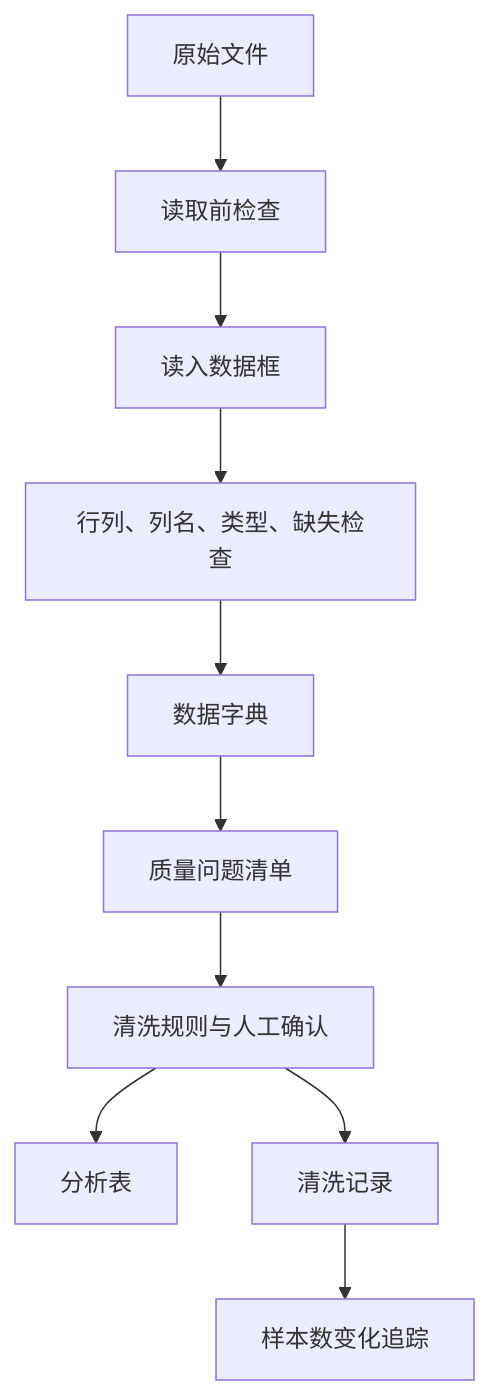
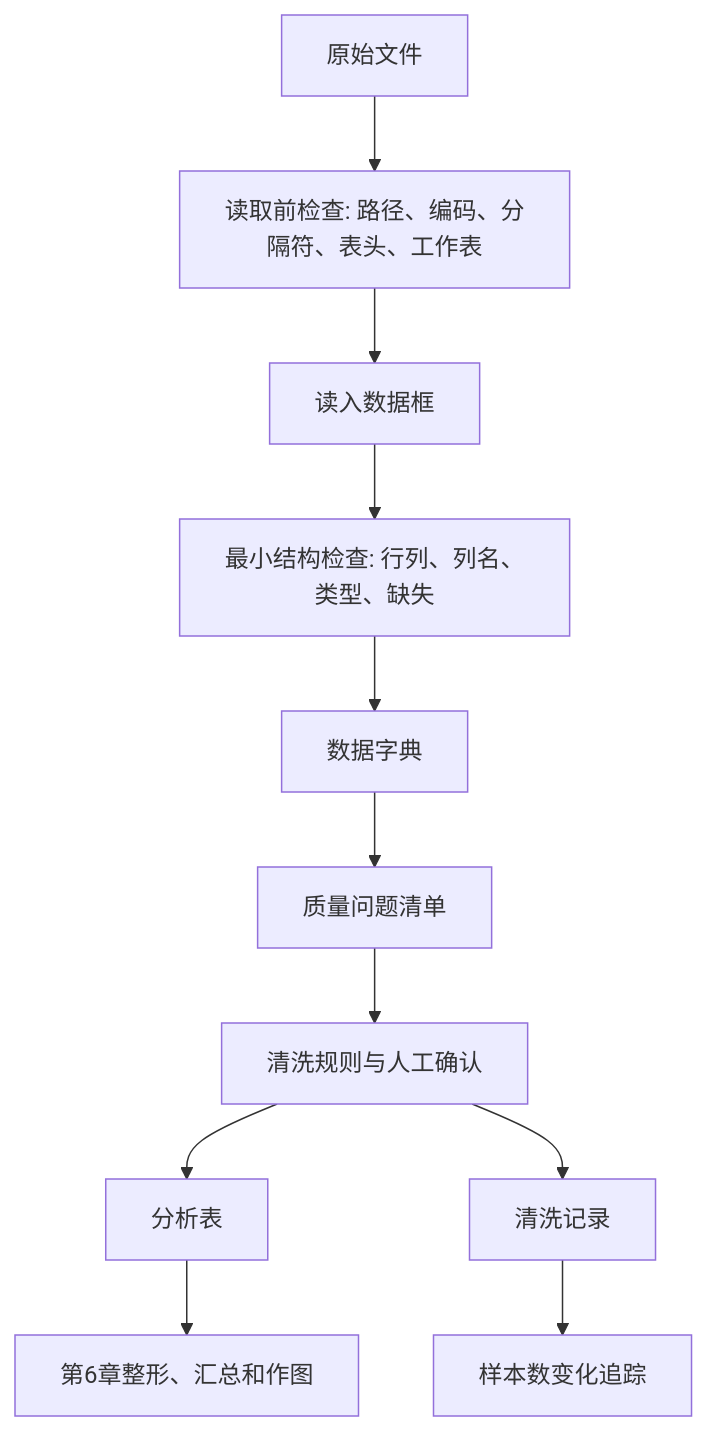
One commit to luvega/AI_MED_DataVis changed the first of 2 diagrams in docs/chapters/chapter-5/index.md. Above: the diagram before and after it, drawn with Mermaid. The commit also changed other lines of this file and 8 other files, not shown here.

````diff
--- a/docs/chapters/chapter-5/index.md
+++ b/docs/chapters/chapter-5/index.md
@@ -56,12 +73,13 @@
 ```mermaid
 flowchart TD
-  A["原始文件"] --> B["读取前检查"]
+  A["原始文件"] --> B["读取前检查: 路径、编码、分隔符、表头、工作表"]
   B --> C["读入数据框"]
-  C --> D["行列、列名、类型、缺失检查"]
+  C --> D["最小结构检查: 行列、列名、类型、缺失"]
   D --> E["数据字典"]
   E --> F["质量问题清单"]
   F --> G["清洗规则与人工确认"]
   G --> H["分析表"]
   G --> I["清洗记录"]
   I --> J["样本数变化追踪"]
+  H --> K["第6章整形、汇总和作图"]
 ```
````
